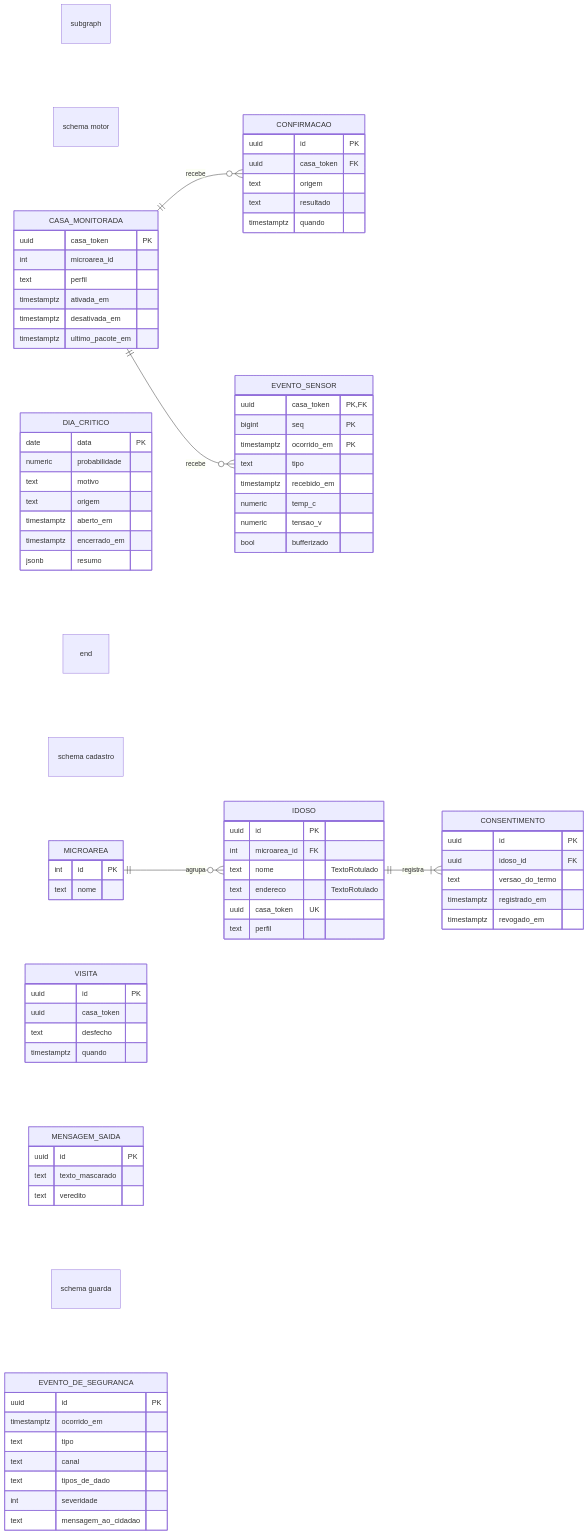
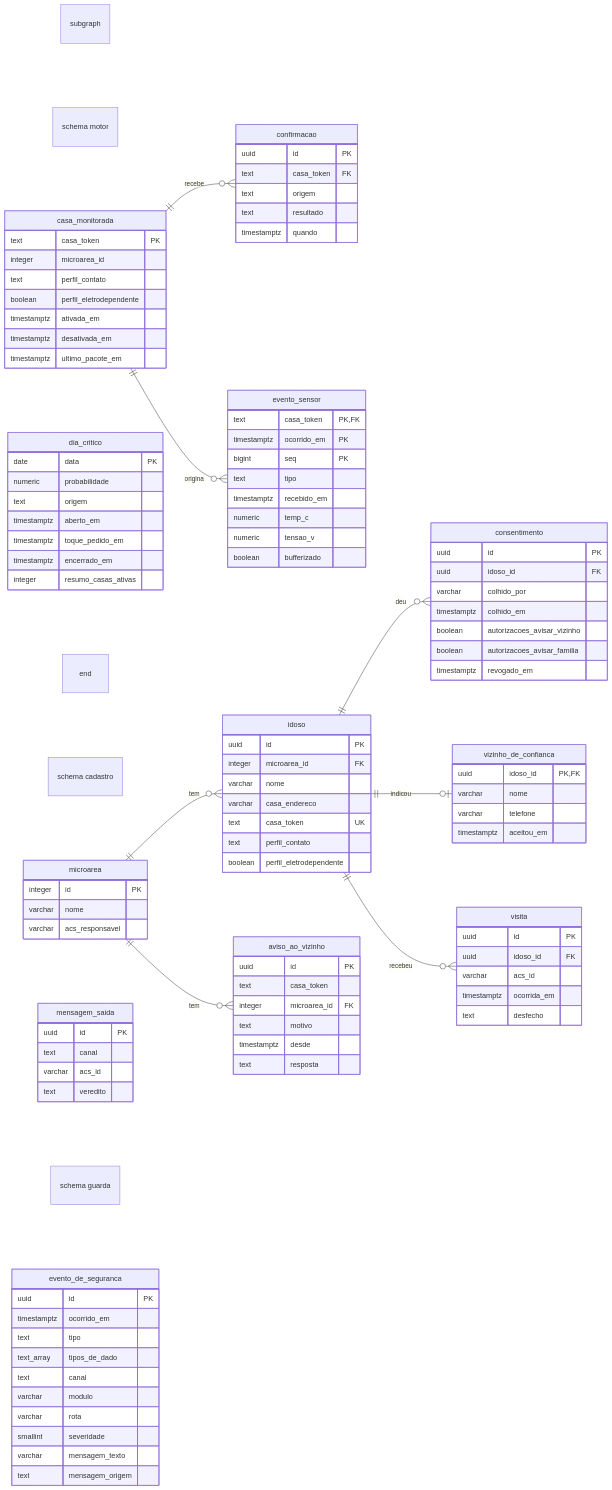
Before and after one commit to IamP5/corredor-aceso: the diagram in docs/arquitetura/diagramas/modelos/erDiagram.mmd, drawn with Mermaid. The commit also changed 211 other files, not shown here.

First line of the commit message:
docs(arquitetura): visão geral final, 28 diagramas e índice da pasta

```diff
--- a/docs/arquitetura/diagramas/modelos/erDiagram.mmd
+++ b/docs/arquitetura/diagramas/modelos/erDiagram.mmd
@@ -1,88 +1,116 @@
 %% Modelo erDiagram. Vista: modelo de dados, os três schemas num diagrama só, um subgraph por schema.
 %% Regras: tabela e coluna em snake_case como no banco, PK/FK/UK na coluna, "TextoRotulado" no comentário do campo pessoal.
 %% Nenhuma relação cruza schemas: entre schemas a ligação é só o casa_token, sem FK.
+%% Corpo copiado de 20-modelo-de-dados.mmd.
 erDiagram
   direction LR
   subgraph motor["schema motor"]
-    CASA_MONITORADA {
-      uuid casa_token PK
-      int microarea_id
-      text perfil
+    casa_monitorada {
+      text casa_token PK
+      integer microarea_id
+      text perfil_contato
+      boolean perfil_eletrodependente
       timestamptz ativada_em
       timestamptz desativada_em
       timestamptz ultimo_pacote_em
     }
-    CONFIRMACAO {
+    confirmacao {
       uuid id PK
-      uuid casa_token FK
+      text casa_token FK
       text origem
       text resultado
       timestamptz quando
     }
-    EVENTO_SENSOR {
-      uuid casa_token PK, FK
+    evento_sensor {
+      text casa_token PK, FK
+      timestamptz ocorrido_em PK
       bigint seq PK
-      timestamptz ocorrido_em PK
       text tipo
       timestamptz recebido_em
       numeric temp_c
       numeric tensao_v
-      bool bufferizado
+      boolean bufferizado
     }
-    DIA_CRITICO {
+    dia_critico {
       date data PK
       numeric probabilidade
-      text motivo
       text origem
       timestamptz aberto_em
+      timestamptz toque_pedido_em
       timestamptz encerrado_em
-      jsonb resumo
+      integer resumo_casas_ativas
     }
   end
   subgraph cadastro["schema cadastro"]
-    MICROAREA {
-      int id PK
-      text nome
+    microarea {
+      integer id PK
+      varchar nome
+      varchar acs_responsavel
     }
-    IDOSO {
+    idoso {
       uuid id PK
-      int microarea_id FK
-      text nome "TextoRotulado"
-      text endereco "TextoRotulado"
-      uuid casa_token UK
-      text perfil
+      integer microarea_id FK
+      varchar nome
+      varchar casa_endereco
+      text casa_token UK
+      text perfil_contato
+      boolean perfil_eletrodependente
     }
-    CONSENTIMENTO {
+    consentimento {
       uuid id PK
       uuid idoso_id FK
-      text versao_do_termo
-      timestamptz registrado_em
+      varchar colhido_por
+      timestamptz colhido_em
+      boolean autorizacoes_avisar_vizinho
+      boolean autorizacoes_avisar_familia
       timestamptz revogado_em
     }
-    VISITA {
+    vizinho_de_confianca {
+      uuid idoso_id PK, FK
+      varchar nome
+      varchar telefone
+      timestamptz aceitou_em
+    }
+    visita {
       uuid id PK
-      uuid casa_token
+      uuid idoso_id FK
+      varchar acs_id
+      timestamptz ocorrida_em
       text desfecho
-      timestamptz quando
     }
-    MENSAGEM_SAIDA {
+    aviso_ao_vizinho {
       uuid id PK
-      text texto_mascarado
+      text casa_token
+      integer microarea_id FK
+      text motivo
+      timestamptz desde
+      text resposta
+    }
+    mensagem_saida {
+      uuid id PK
+      text canal
+      varchar acs_id
       text veredito
     }
   end
   subgraph guarda["schema guarda"]
-    EVENTO_DE_SEGURANCA {
+    evento_de_seguranca {
       uuid id PK
       timestamptz ocorrido_em
       text tipo
+      text_array tipos_de_dado
       text canal
-      text tipos_de_dado
-      int severidade
-      text mensagem_ao_cidadao
+      varchar modulo
+      varchar rota
+      smallint severidade
+      varchar mensagem_texto
+      text mensagem_origem
     }
   end
-  CASA_MONITORADA ||--o{ CONFIRMACAO : recebe
-  CASA_MONITORADA ||--o{ EVENTO_SENSOR : recebe
-  MICROAREA ||--o{ IDOSO : agrupa
-  IDOSO ||--|{ CONSENTIMENTO : registra
+  casa_monitorada ||--o{ confirmacao : "recebe"
+  casa_monitorada ||--o{ evento_sensor : "origina"
+  microarea ||--o{ idoso : "tem"
+  microarea ||--o{ aviso_ao_vizinho : "tem"
+  idoso ||--o{ consentimento : "deu"
+  idoso ||--o| vizinho_de_confianca : "indicou"
+  idoso ||--o{ visita : "recebeu"
```
